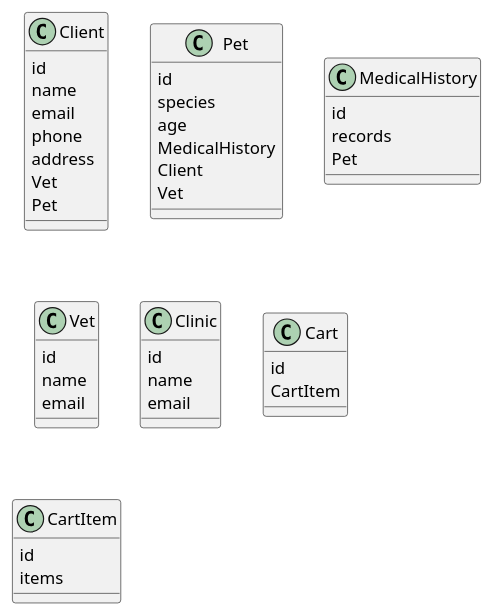
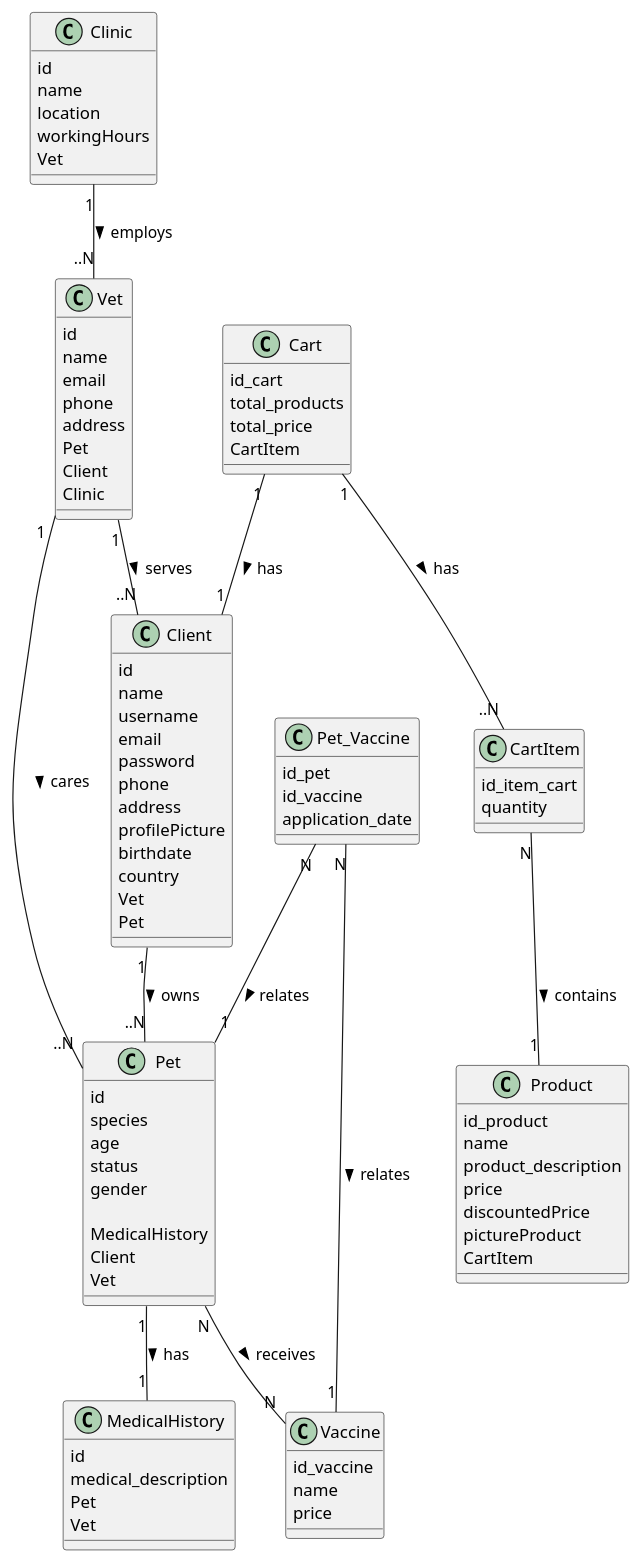
Before and after one commit to Vet-and-Go/tienda-back: the diagram in VetAndGo/src/public/diagram.puml, drawn with PlantUML.

```diff
--- a/VetAndGo/src/public/diagram.puml
+++ b/VetAndGo/src/public/diagram.puml
@@ -1,50 +1,110 @@
 @startuml
 
+' Entities
 class Client {
     id
     name
+    username
     email
+    password
     phone
     address
+    profilePicture
+    birthdate
+    country
     Vet
     Pet
+
 }
 
 class Pet {
     id
     species
     age
+    status
+    gender
+
     MedicalHistory
     Client
     Vet
 }
 
 class MedicalHistory{
     id
-    records
+    medical_description
     Pet
+    Vet
 }
 
 class Vet {
     id
     name
     email
+    phone
+    address
+    Pet
+    Client
+    Clinic
+}
+
+class Vaccine{
+    id_vaccine
+    name
+    price
+}
+
+class Pet_Vaccine{
+    id_pet
+    id_vaccine
+    application_date
 }
 
 class Clinic {
     id
     name
-    email
+    location
+    workingHours
+    Vet
 }
 
 class Cart{
-    id
+    id_cart
+    total_products
+    total_price
     CartItem
 }
 
 class CartItem{
-    id
-    items
+    id_item_cart
+    quantity
 }
 
+class Product{
+    id_product
+    name
+    product_description
+    price
+    discountedPrice
+    pictureProduct
+    CartItem
+   }
+
+
+' Relationships
+Client "1" -- "..N" Pet : owns >
+Pet "1" -- "1" MedicalHistory : has >
+Vet "1" -- "..N" Pet : cares >
+Vet "1" -- "..N" Client : serves >
+Clinic "1" -- "..N" Vet : employs >
+Cart "1" -- "..N" CartItem : has >
+CartItem "N" -- "1" Product : contains >
+Pet "N" -- "N" Vaccine : receives >
+Pet_Vaccine "N" -- "1" Pet : relates >
+Pet_Vaccine "N" -- "1" Vaccine : relates >
+Cart "1" -- "1" Client : has >
+
+
+
+
+
 @enduml
```
